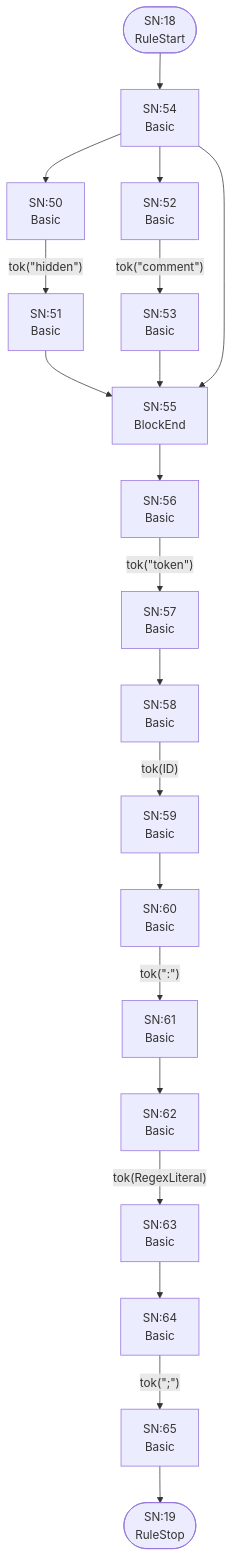
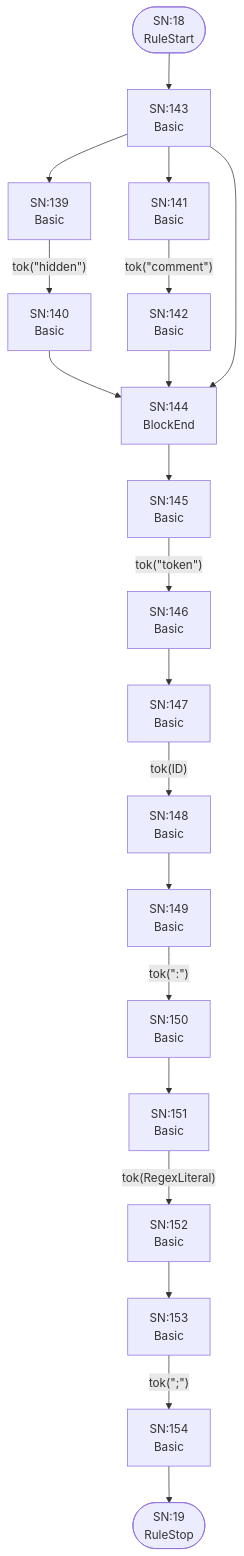
Before and after one commit to TypeFox/fastbelt: the tenth of 25 diagrams in internal/grammar/atn.md, drawn with Mermaid. The commit also changed other lines of this file and 12 other files, not shown here.

````diff
--- a/internal/grammar/atn.md
+++ b/internal/grammar/atn.md
@@ -286,41 +286,41 @@
 ```mermaid
 flowchart TD
     q18(["SN:18<br/>RuleStart"])
     q19(["SN:19<br/>RuleStop"])
-    q50["SN:50<br/>Basic<br/>"]
-    q51["SN:51<br/>Basic<br/>"]
-    q52["SN:52<br/>Basic<br/>"]
-    q53["SN:53<br/>Basic<br/>"]
-    q54["SN:54<br/>Basic<br/>"]
-    q55["SN:55<br/>BlockEnd<br/>"]
-    q56["SN:56<br/>Basic<br/>"]
-    q57["SN:57<br/>Basic<br/>"]
-    q58["SN:58<br/>Basic<br/>"]
-    q59["SN:59<br/>Basic<br/>"]
-    q60["SN:60<br/>Basic<br/>"]
-    q61["SN:61<br/>Basic<br/>"]
-    q62["SN:62<br/>Basic<br/>"]
-    q63["SN:63<br/>Basic<br/>"]
-    q64["SN:64<br/>Basic<br/>"]
-    q65["SN:65<br/>Basic<br/>"]
+    q139["SN:139<br/>Basic<br/>"]
+    q140["SN:140<br/>Basic<br/>"]
+    q141["SN:141<br/>Basic<br/>"]
+    q142["SN:142<br/>Basic<br/>"]
+    q143["SN:143<br/>Basic<br/>"]
+    q144["SN:144<br/>BlockEnd<br/>"]
+    q145["SN:145<br/>Basic<br/>"]
+    q146["SN:146<br/>Basic<br/>"]
+    q147["SN:147<br/>Basic<br/>"]
+    q148["SN:148<br/>Basic<br/>"]
+    q149["SN:149<br/>Basic<br/>"]
+    q150["SN:150<br/>Basic<br/>"]
+    q151["SN:151<br/>Basic<br/>"]
+    q152["SN:152<br/>Basic<br/>"]
+    q153["SN:153<br/>Basic<br/>"]
+    q154["SN:154<br/>Basic<br/>"]
 
-    q18 --> q54
-    q50 -->|"tok(&quot;hidden&quot;)"| q51
-    q51 --> q55
-    q52 -->|"tok(&quot;comment&quot;)"| q53
-    q53 --> q55
-    q54 --> q50
-    q54 --> q52
-    q54 --> q55
-    q55 --> q56
-    q56 -->|"tok(&quot;token&quot;)"| q57
-    q57 --> q58
-    q58 -->|"tok(ID)"| q59
-    q59 --> q60
-    q60 -->|"tok(&quot;:&quot;)"| q61
-    q61 --> q62
-    q62 -->|"tok(RegexLiteral)"| q63
-    q63 --> q64
-    q64 -->|"tok(&quot;;&quot;)"| q65
-    q65 --> q19
+    q18 --> q143
+    q139 -->|"tok(&quot;hidden&quot;)"| q140
+    q140 --> q144
+    q141 -->|"tok(&quot;comment&quot;)"| q142
+    q142 --> q144
+    q143 --> q139
+    q143 --> q141
+    q143 --> q144
+    q144 --> q145
+    q145 -->|"tok(&quot;token&quot;)"| q146
+    q146 --> q147
+    q147 -->|"tok(ID)"| q148
+    q148 --> q149
+    q149 -->|"tok(&quot;:&quot;)"| q150
+    q150 --> q151
+    q151 -->|"tok(RegexLiteral)"| q152
+    q152 --> q153
+    q153 -->|"tok(&quot;;&quot;)"| q154
+    q154 --> q19
 ```
````
